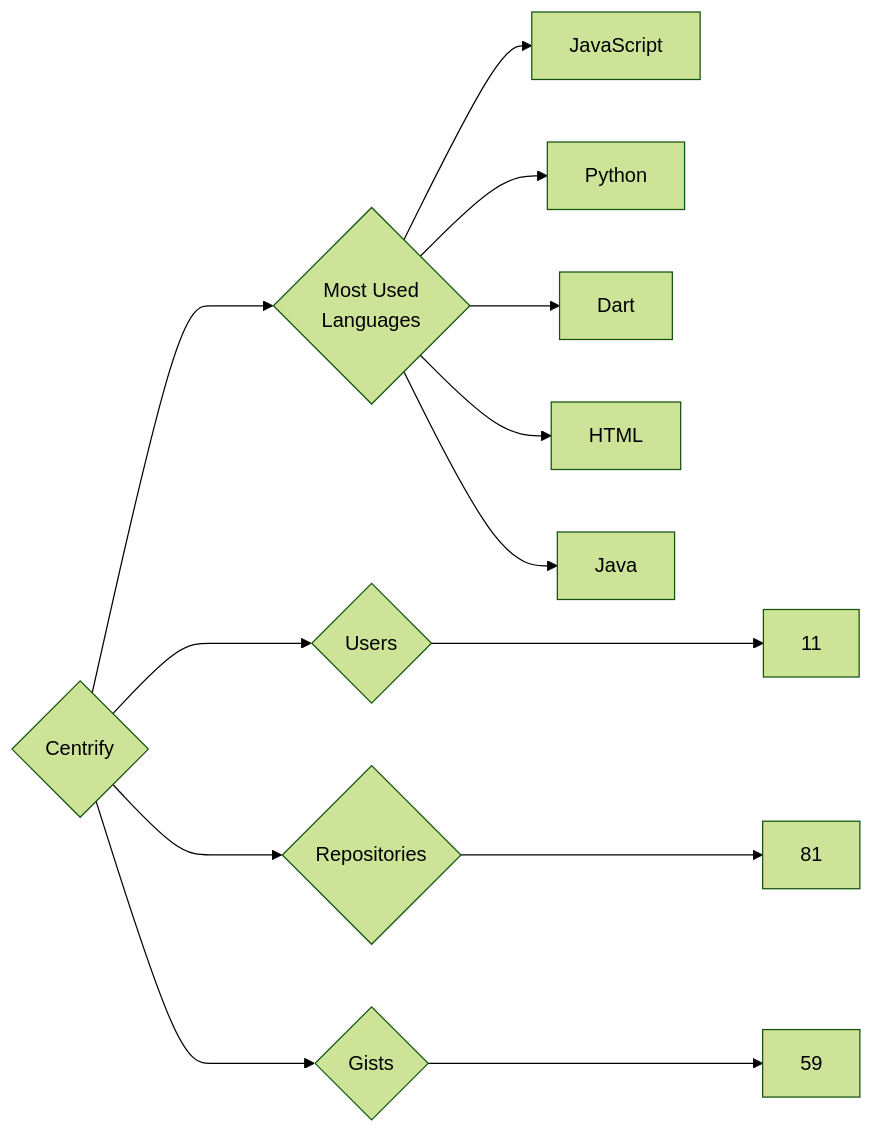
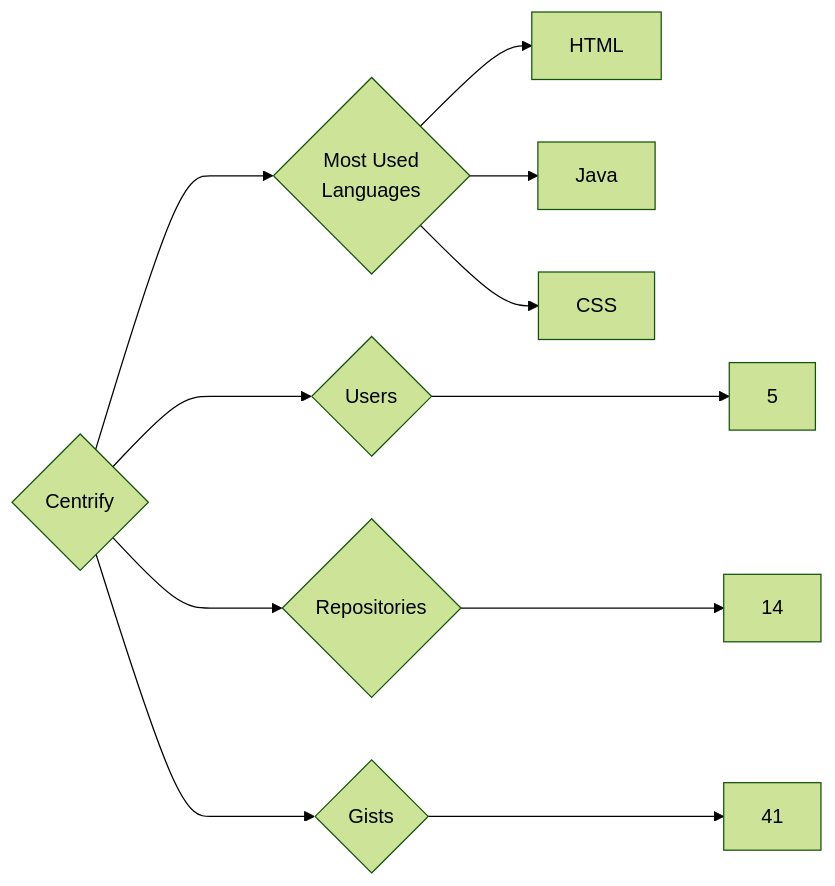
The diagram in targets/Centrify/README.md (trickest/insiders), drawn with Mermaid (forest theme) before and after one commit. The commit also changed 1120 other files, not shown here.

````diff
--- a/targets/Centrify/README.md
+++ b/targets/Centrify/README.md
@@ -3,13 +3,11 @@
 ```mermaid
 graph LR
 COMPANY_NAME{Centrify}
-COMPANY_NAME ---> U{Users} ---> UN[11]
-COMPANY_NAME ---> R{Repositories} ---> RN[81]
-COMPANY_NAME ---> G{Gists} ---> GN[59]
+COMPANY_NAME ---> U{Users} ---> UN[5]
+COMPANY_NAME ---> R{Repositories} ---> RN[14]
+COMPANY_NAME ---> G{Gists} ---> GN[41]
 COMPANY_NAME ---> ML{Most Used<br>Languages}
-ML --> JavaScript[JavaScript]
-ML --> Python[Python]
-ML --> Dart[Dart]
 ML --> HTML[HTML]
 ML --> Java[Java]
+ML --> CSS[CSS]
 ```
````
